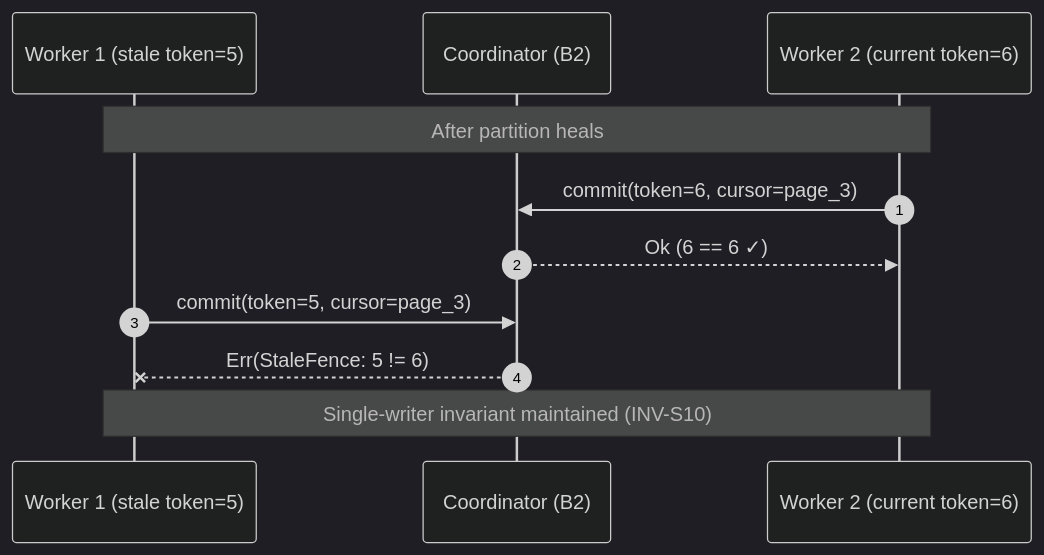
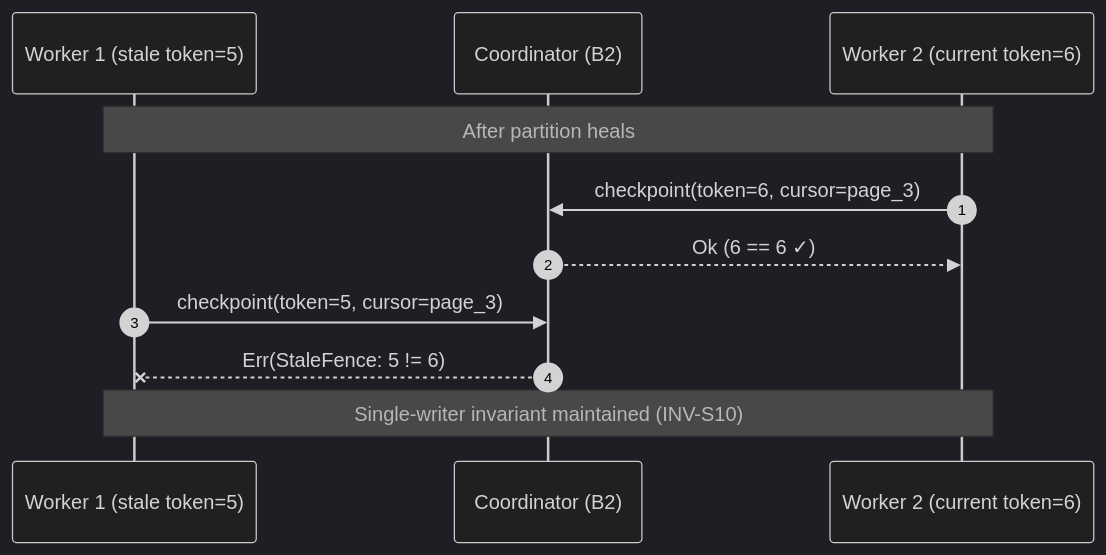
One commit to ahrav/Gossip-rs changed the fifth of 6 diagrams in diagrams/10-failure-modes-and-recovery.md. Above: the diagram before and after it, drawn with Mermaid (dark theme). The commit also changed other lines of this file, not shown here.

````diff
--- a/diagrams/10-failure-modes-and-recovery.md
+++ b/diagrams/10-failure-modes-and-recovery.md
@@ -381,17 +381,17 @@
 ```mermaid
 %% Diagram: split-brain-prevention-fencing
 sequenceDiagram
     autonumber
     participant W1 as Worker 1 (stale token=5)
     participant CO as Coordinator (B2)
     participant W2 as Worker 2 (current token=6)
 
     Note over W1,W2: After partition heals
-    W2->>CO: commit(token=6, cursor=page_3)
+    W2->>CO: checkpoint(token=6, cursor=page_3)
     CO-->>W2: Ok (6 == 6 ✓)
 
-    W1->>CO: commit(token=5, cursor=page_3)
+    W1->>CO: checkpoint(token=5, cursor=page_3)
     CO--xW1: Err(StaleFence: 5 != 6)
 
     Note over W1,W2: Single-writer invariant maintained (INV-S10)
 ```
````
